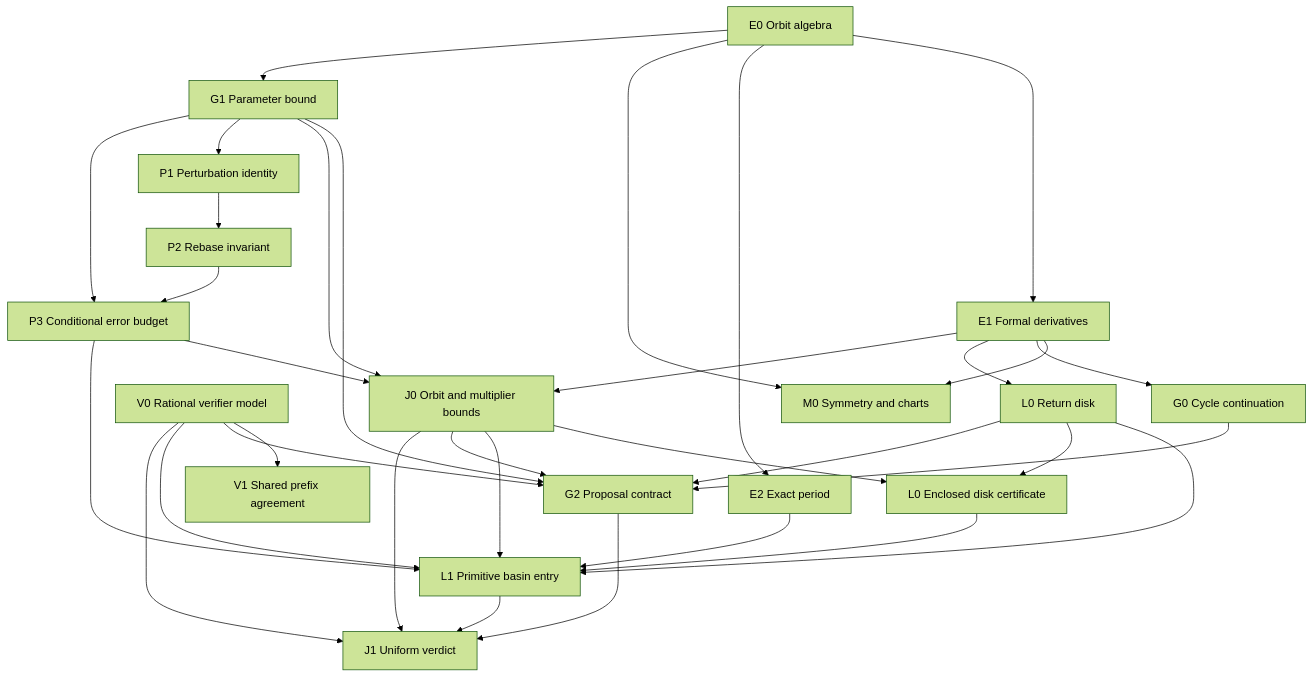
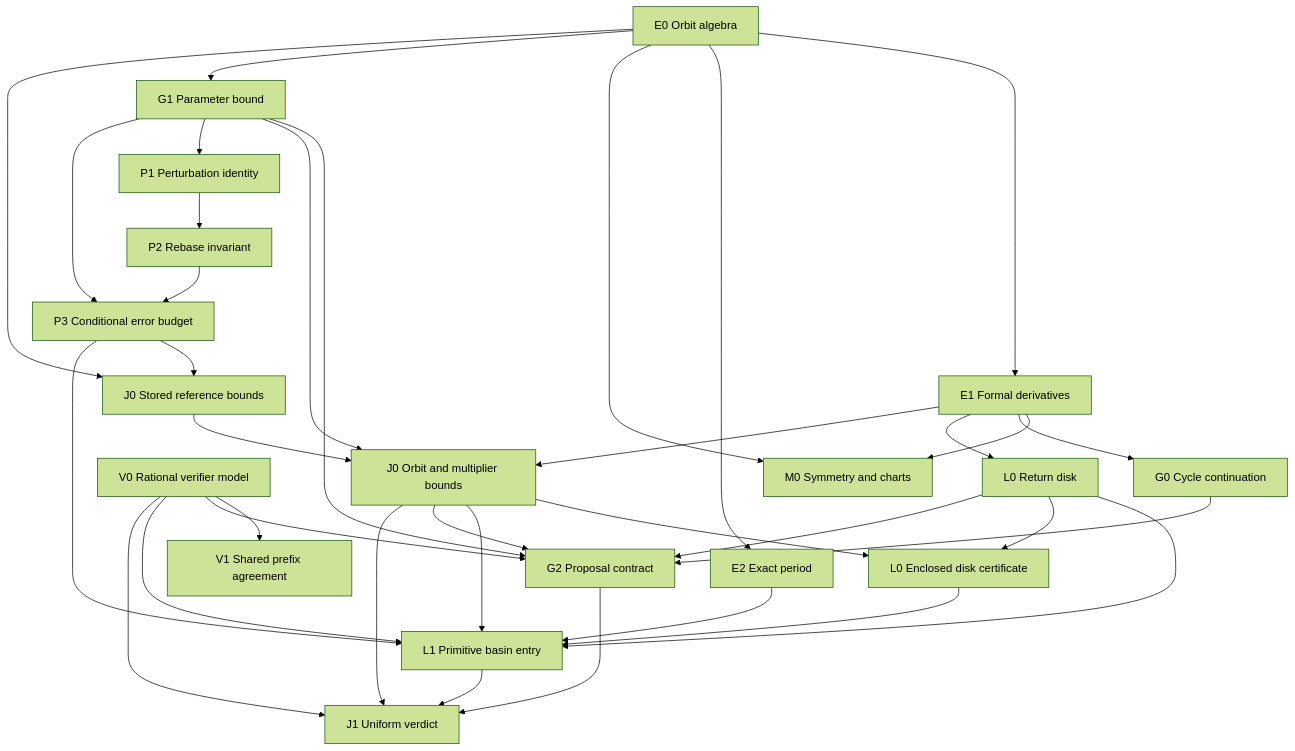
The diagram in docs/verification/LEAN-PROOF-DAG.md (Aaron-Fine/int-M-), drawn with Mermaid (forest theme) before and after one commit. The commit also changed other lines of this file and 9 other files, not shown here.

````diff
--- a/docs/verification/LEAN-PROOF-DAG.md
+++ b/docs/verification/LEAN-PROOF-DAG.md
@@ -7,36 +7,38 @@
 ```mermaid
 flowchart TD
   E0["E0 Orbit algebra"] --> E1["E1 Formal derivatives"]
   E0 --> E2["E2 Exact period"]
   E0 --> M0["M0 Symmetry and charts"]
   E1 --> M0
   V0["V0 Rational verifier model"]
   V0 --> V1["V1 Shared prefix agreement"]
   E1 --> G0["G0 Cycle continuation"]
   E0 --> G1["G1 Parameter bound"]
   G0 --> G2["G2 Proposal contract"]
   G1 --> G2
   V0 --> G2
   E1 --> L0["L0 Return disk"]
   E2 --> L1["L1 Primitive basin entry"]
   L0 --> L1
   V0 --> L1
   G1 --> J0["J0 Orbit and multiplier bounds"]
   E1 --> J0
   L0 --> L0C["L0 Enclosed disk certificate"]
   J0 --> L0C
   L0C --> L1
   J0 --> L1
   J0 --> G2
   L0 --> G2
   J0 --> J1["J1 Uniform verdict"]
   G2 --> J1
   L1 --> J1
   V0 --> J1
   G1 --> P1["P1 Perturbation identity"]
   P1 --> P2["P2 Rebase invariant"]
   P2 --> P3["P3 Conditional error budget"]
   G1 --> P3
-  P3 --> J0
+  P3 --> J0S["J0 Stored reference bounds"]
+  E0 --> J0S
+  J0S --> J0
   P3 --> L1
 ```
````
